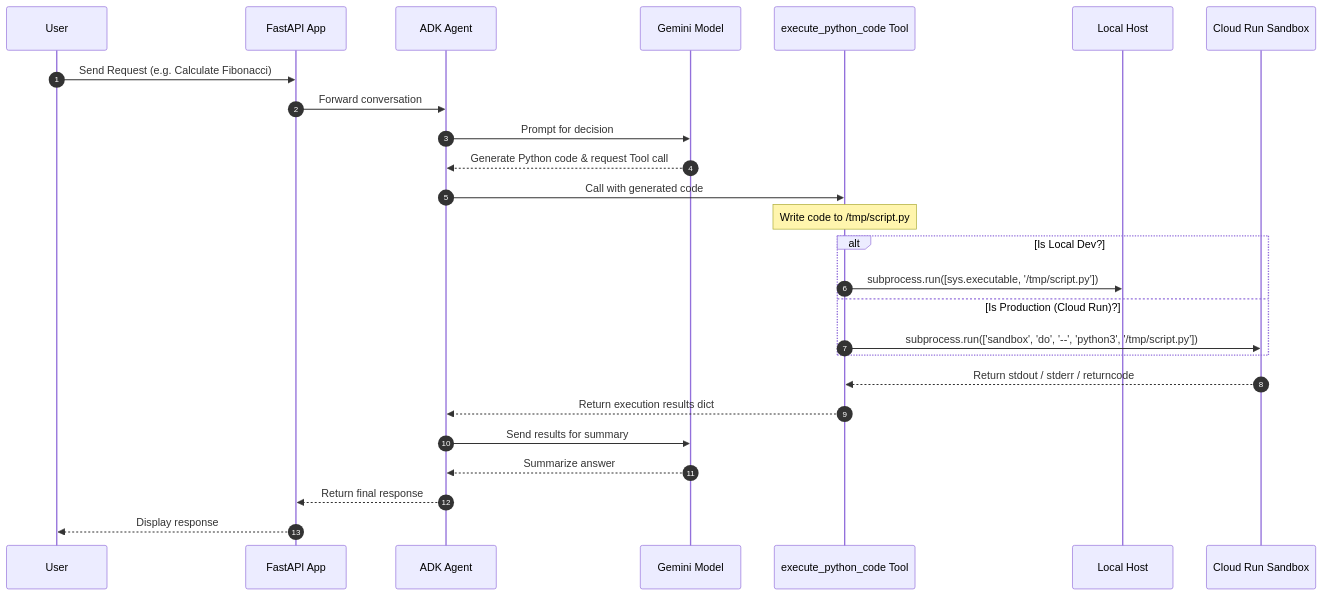
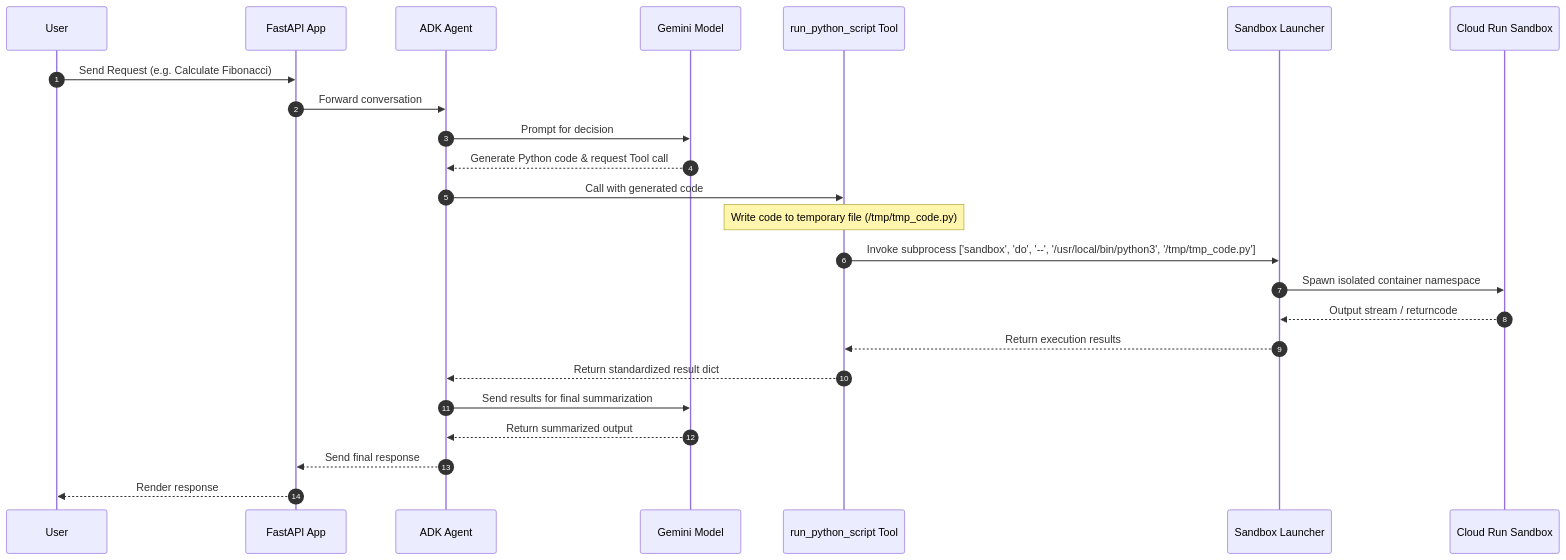
Before and after one commit to richardhe-fundamenta/practical-gcp-examples: the first of 2 diagrams in cloudrun-agent-sandbox/README.md, drawn with Mermaid. The commit also changed other lines of this file and 10 other files, not shown here.

````diff
--- a/cloudrun-agent-sandbox/README.md
+++ b/cloudrun-agent-sandbox/README.md
@@ -27,21 +27,19 @@
 ```mermaid
 sequenceDiagram
     autonumber
     User->>FastAPI App: Send Request (e.g. Calculate Fibonacci)
     FastAPI App->>ADK Agent: Forward conversation
     ADK Agent->>Gemini Model: Prompt for decision
     Gemini Model-->>ADK Agent: Generate Python code & request Tool call
-    ADK Agent->>execute_python_code Tool: Call with generated code
-    Note over execute_python_code Tool: Write code to /tmp/script.py
-    alt Is Local Dev?
-        execute_python_code Tool->>Local Host: subprocess.run([sys.executable, '/tmp/script.py'])
-    else Is Production (Cloud Run)?
-        execute_python_code Tool->>Cloud Run Sandbox: subprocess.run(['sandbox', 'do', '--', 'python3', '/tmp/script.py'])
-    end
-    Cloud Run Sandbox-->>execute_python_code Tool: Return stdout / stderr / returncode
-    execute_python_code Tool-->>ADK Agent: Return execution results dict
-    ADK Agent->>Gemini Model: Send results for summary
-    Gemini Model-->>ADK Agent: Summarize answer
-    ADK Agent-->>FastAPI App: Return final response
-    FastAPI App-->>User: Display response
+    ADK Agent->>run_python_script Tool: Call with generated code
+    Note over run_python_script Tool: Write code to temporary file (/tmp/tmp_code.py)
+    run_python_script Tool->>Sandbox Launcher: Invoke subprocess ['sandbox', 'do', '--', '/usr/local/bin/python3', '/tmp/tmp_code.py']
+    Sandbox Launcher->>Cloud Run Sandbox: Spawn isolated container namespace
+    Cloud Run Sandbox-->>Sandbox Launcher: Output stream / returncode
+    Sandbox Launcher-->>run_python_script Tool: Return execution results
+    run_python_script Tool-->>ADK Agent: Return standardized result dict
+    ADK Agent->>Gemini Model: Send results for final summarization
+    Gemini Model-->>ADK Agent: Return summarized output
+    ADK Agent-->>FastAPI App: Send final response
+    FastAPI App-->>User: Render response
 ```
````
